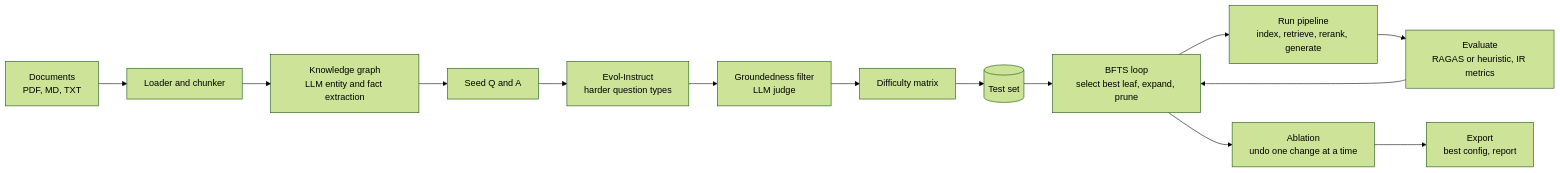
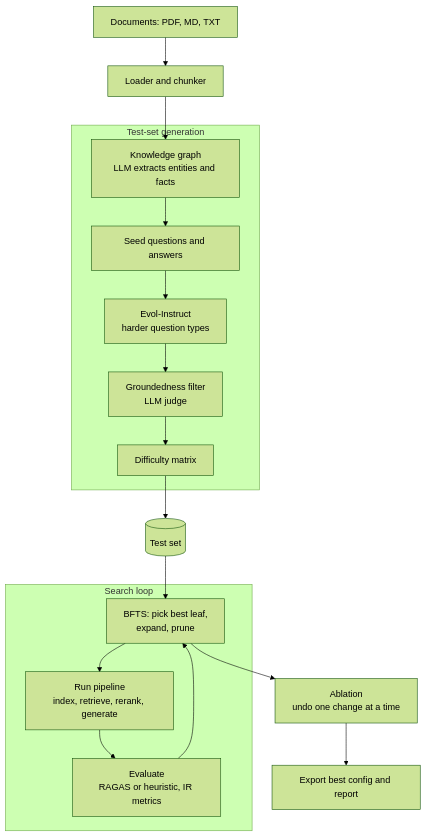
Before and after one commit to stanislavli3/rag-optimization-agent: the diagram in README.md, drawn with Mermaid (forest theme).

Commit message:
Docs: make README diagram readable

````diff
--- a/README.md
+++ b/README.md
@@ -24,16 +24,20 @@
 ```mermaid
-flowchart LR
-    D[Documents<br/>PDF, MD, TXT] --> L[Loader and chunker]
-    L --> KG[Knowledge graph<br/>LLM entity and fact extraction]
-    KG --> S[Seed Q and A]
-    S --> EV[Evol-Instruct<br/>harder question types]
-    EV --> G[Groundedness filter<br/>LLM judge]
-    G --> DM[Difficulty matrix]
+flowchart TD
+    D[Documents: PDF, MD, TXT] --> L[Loader and chunker]
+    subgraph TG[Test-set generation]
+        KG[Knowledge graph<br/>LLM extracts entities and facts] --> S[Seed questions and answers]
+        S --> EV[Evol-Instruct<br/>harder question types]
+        EV --> G[Groundedness filter<br/>LLM judge]
+        G --> DM[Difficulty matrix]
+    end
+    L --> KG
     DM --> T[(Test set)]
-    T --> B[BFTS loop<br/>select best leaf, expand, prune]
-    B --> P[Run pipeline<br/>index, retrieve, rerank, generate]
-    P --> E[Evaluate<br/>RAGAS or heuristic, IR metrics]
-    E --> B
+    subgraph SL[Search loop]
+        B[BFTS: pick best leaf,<br/>expand, prune] --> P[Run pipeline<br/>index, retrieve, rerank, generate]
+        P --> E[Evaluate<br/>RAGAS or heuristic, IR metrics]
+        E --> B
+    end
+    T --> B
     B --> A[Ablation<br/>undo one change at a time]
-    A --> X[Export<br/>best config, report]
+    A --> X[Export best config and report]
 ```
````
